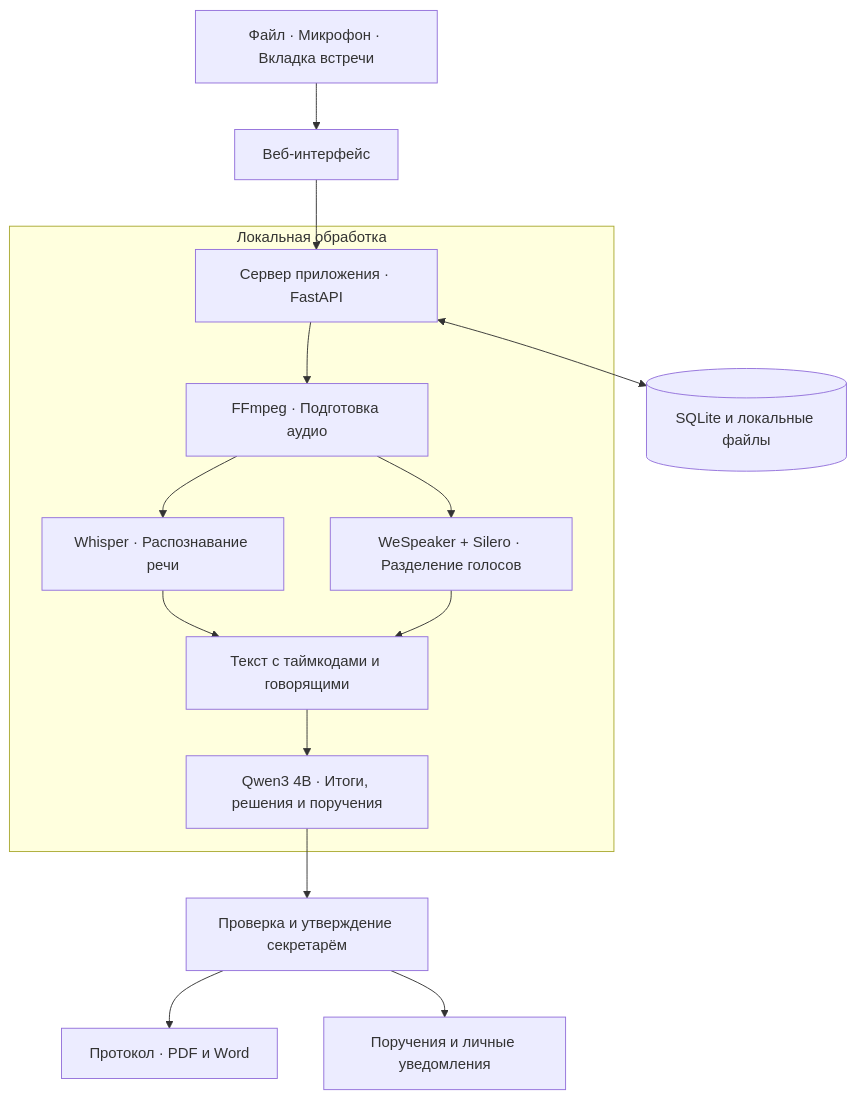
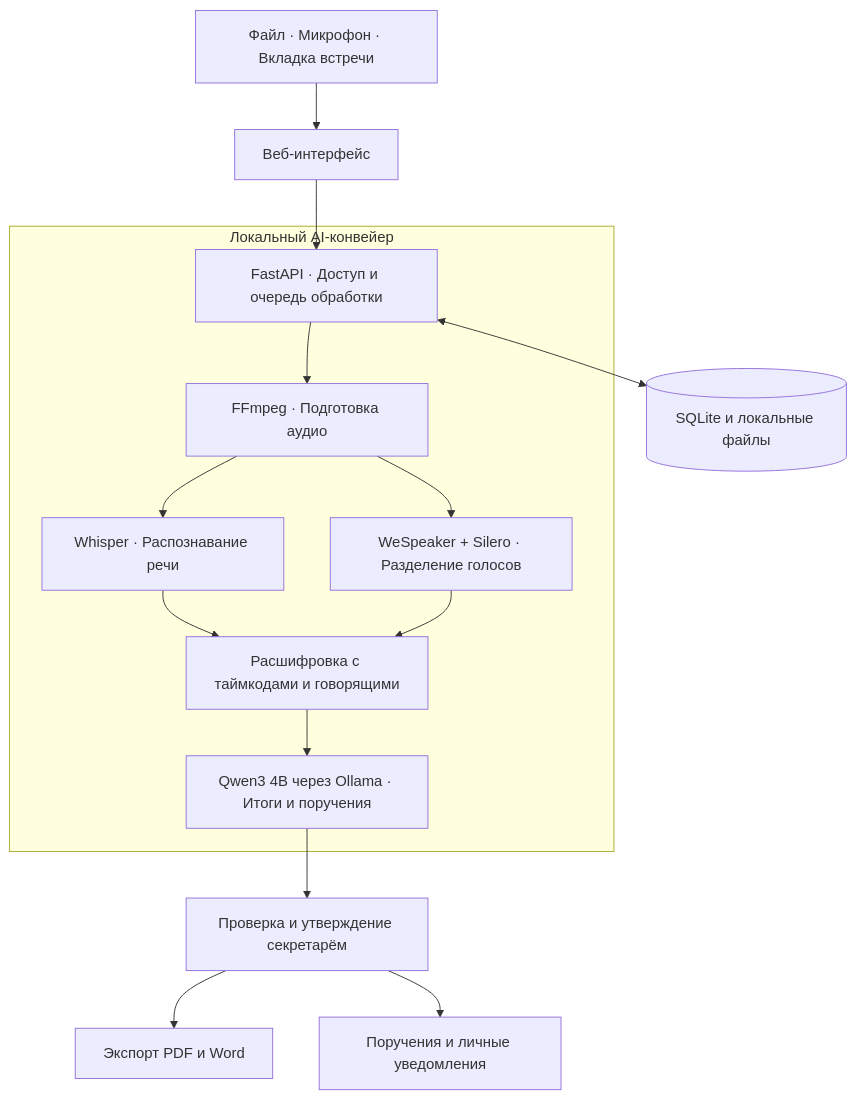
Before and after one commit to BAITC-Hacks/hack-d5e592cf-daladigital: the diagram in README.md, drawn with Mermaid. The commit also changed other lines of this file, not shown here.

````diff
--- a/README.md
+++ b/README.md
@@ -78,17 +59,17 @@
 ```mermaid
 flowchart TD
     A[Файл · Микрофон · Вкладка встречи] --> B[Веб-интерфейс]
-    B --> C[Сервер приложения · FastAPI]
-    subgraph LOCAL[Локальная обработка]
+    B --> C[FastAPI · Доступ и очередь обработки]
+    subgraph LOCAL[Локальный AI-конвейер]
         C --> D[FFmpeg · Подготовка аудио]
         D --> E[Whisper · Распознавание речи]
         D --> F[WeSpeaker + Silero · Разделение голосов]
-        E --> G[Текст с таймкодами и говорящими]
+        E --> G[Расшифровка с таймкодами и говорящими]
         F --> G
-        G --> H[Qwen3 4B · Итоги, решения и поручения]
+        G --> H[Qwen3 4B через Ollama · Итоги и поручения]
     end
     H --> I[Проверка и утверждение секретарём]
-    I --> J[Протокол · PDF и Word]
+    I --> J[Экспорт PDF и Word]
     I --> K[Поручения и личные уведомления]
     C <--> L[(SQLite и локальные файлы)]
 ```
````
